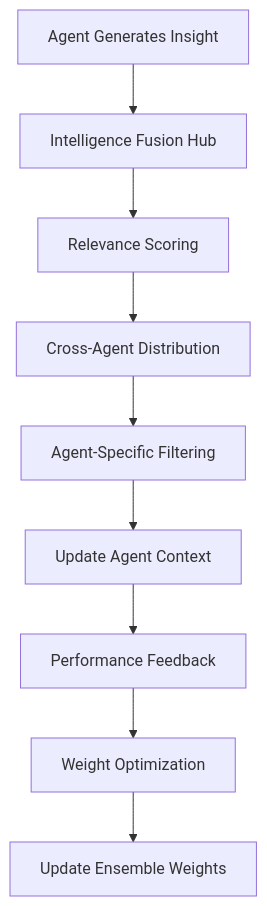
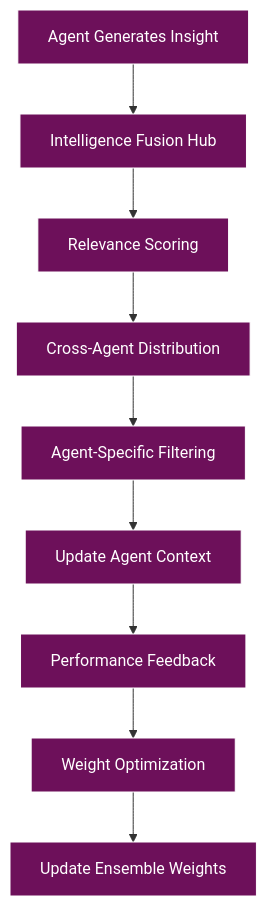
Before and after one commit to radicalkjax/Athena: the second of 2 diagrams in docs/research/master_architecture_recreated.md, drawn with Mermaid. The commit also changed other lines of this file and 4 other files, not shown here.

````diff
--- a/docs/research/master_architecture_recreated.md
+++ b/docs/research/master_architecture_recreated.md
@@ -222,11 +243,32 @@
 ```mermaid
+%%{init: {
+  'theme': 'base',
+  'themeVariables': {
+    'primaryColor': '#6d105a',
+    'primaryTextColor': '#ffffff',
+    'primaryBorderColor': '#ffffff',
+    'lineColor': '#333333',
+    'secondaryColor': '#e8f4d4',
+    'secondaryTextColor': '#333333',
+    'secondaryBorderColor': '#333333',
+    'tertiaryColor': '#f9d0c4',
+    'tertiaryTextColor': '#333333',
+    'tertiaryBorderColor': '#333333',
+    'background': '#ffffff',
+    'mainBkg': '#6d105a',
+    'secondBkg': '#e8f4d4',
+    'tertiaryBkg': '#f9d0c4',
+    'textColor': '#333333',
+    'fontFamily': 'Arial, sans-serif'
+  }
+}}%%
 graph TD
     A[Agent Generates Insight] --> B[Intelligence Fusion Hub]
     B --> C[Relevance Scoring]
     C --> D[Cross-Agent Distribution]
     D --> E[Agent-Specific Filtering]
     E --> F[Update Agent Context]
     F --> G[Performance Feedback]
     G --> H[Weight Optimization]
     H --> I[Update Ensemble Weights]
 ```
````
